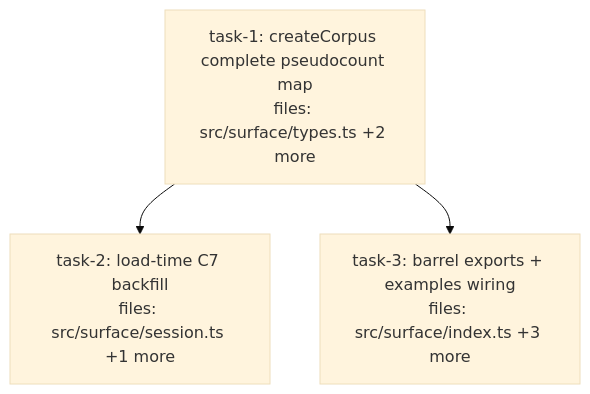
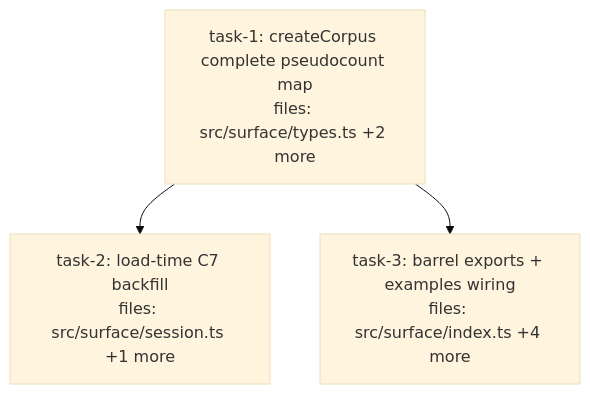
The diagram in docs/superpowers/plans/2026-06-07-c7-scalar-pseudocount-dag.md (BrettNye/Mneme), drawn with Mermaid (base theme) before and after one commit. The commit also changed other lines of this file and 1 other file, not shown here.

````diff
--- a/docs/superpowers/plans/2026-06-07-c7-scalar-pseudocount-dag.md
+++ b/docs/superpowers/plans/2026-06-07-c7-scalar-pseudocount-dag.md
@@ -6,14 +6,14 @@
 ```mermaid
 flowchart TD
     task-1["task-1: createCorpus complete pseudocount map<br/>files: src/surface/types.ts +2 more"]
     task-2["task-2: load-time C7 backfill<br/>files: src/surface/session.ts +1 more"]
-    task-3["task-3: barrel exports + examples wiring<br/>files: src/surface/index.ts +3 more"]
+    task-3["task-3: barrel exports + examples wiring<br/>files: src/surface/index.ts +4 more"]
     task-1 --> task-2
     task-1 --> task-3
 
     classDef done fill:#90ee90,stroke:#333
     classDef ready fill:#fffacd,stroke:#333
     classDef running fill:#87ceeb,stroke:#333
     classDef failed fill:#ffb6c1,stroke:#333
     classDef skipped fill:#d3d3d3,stroke:#333,stroke-dasharray: 5 5
 ```
````
